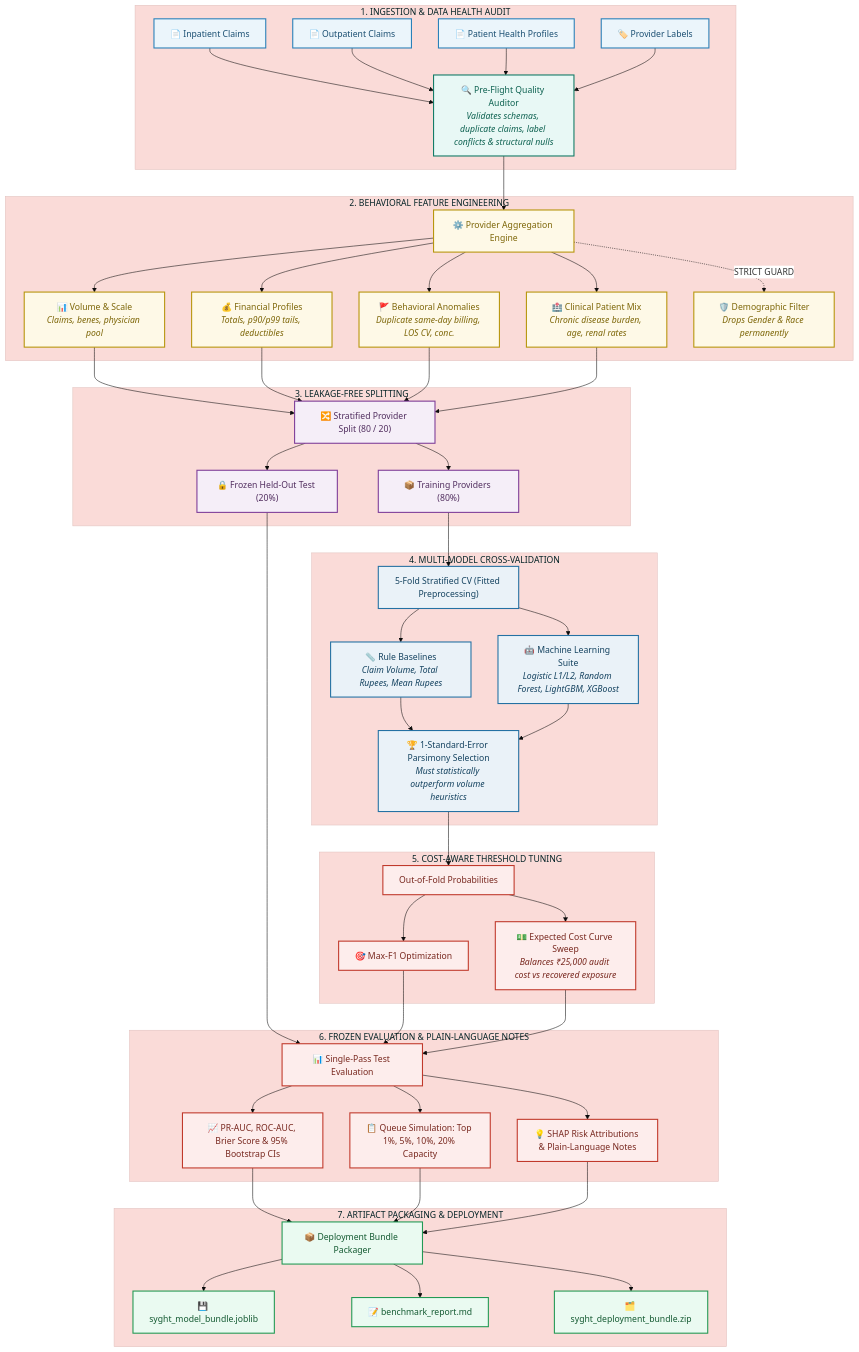
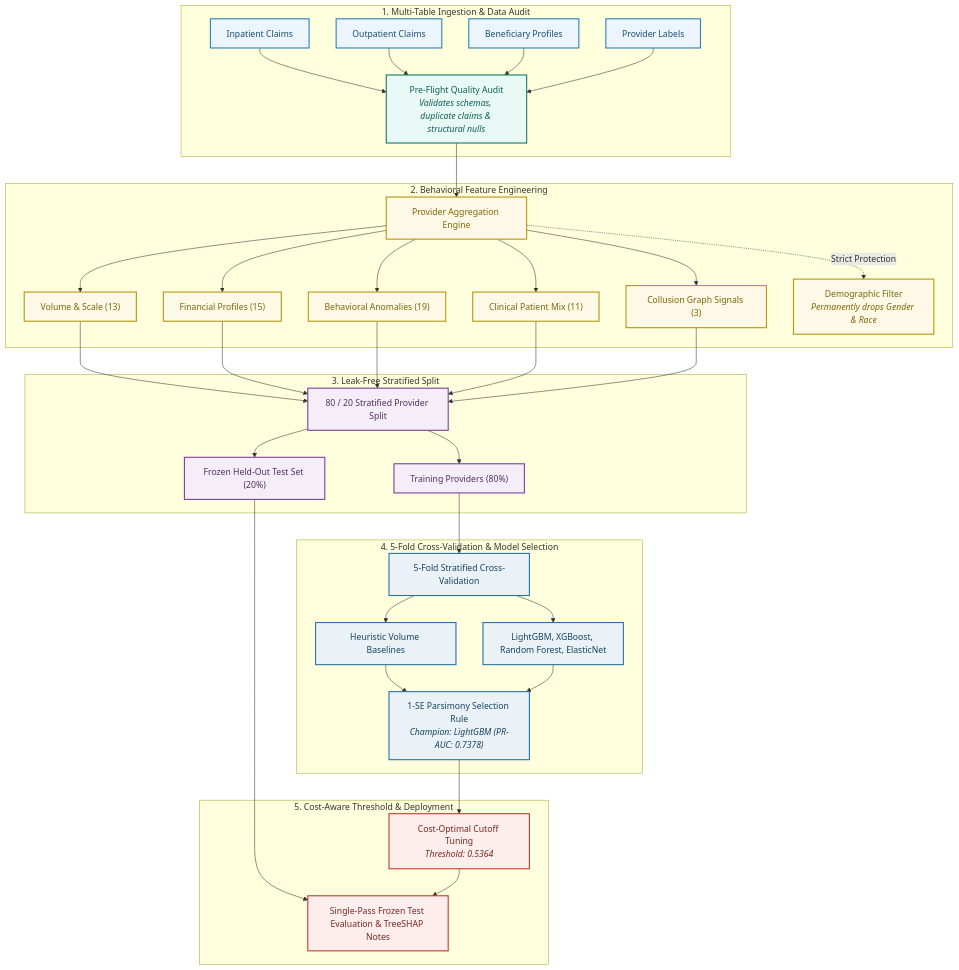
The diagram in README.md (toffee4u/Syght), drawn with Mermaid before and after one commit. The commit also changed other lines of this file and 8 other files, not shown here.

````diff
--- a/README.md
+++ b/README.md
@@ -53,61 +83,45 @@
 ```mermaid
-%%{init: {'theme': 'base', 'themeVariables': { 'primaryColor': '#EBF5FB', 'edgeLabelBackground':'#ffffff', 'tertiaryColor': '#FADBD8'}}}%%
 flowchart TD
     classDef input fill:#EBF5FB,stroke:#2980B9,stroke-width:2px,color:#1B4F72;
     classDef audit fill:#E8F8F5,stroke:#117A65,stroke-width:2px,color:#0E6251;
     classDef feature fill:#FEF9E7,stroke:#B7950B,stroke-width:2px,color:#7D6608;
     classDef split fill:#F5EEF8,stroke:#7D3C98,stroke-width:2px,color:#512E5F;
     classDef model fill:#EAF2F8,stroke:#2471A3,stroke-width:2px,color:#154360;
     classDef eval fill:#FDEDEC,stroke:#C0392B,stroke-width:2px,color:#78281F;
-    classDef export fill:#EAFAF1,stroke:#229954,stroke-width:2px,color:#145A32;
 
-    subgraph Phase1["1. INGESTION & DATA HEALTH AUDIT"]
-        A1["📄 Inpatient Claims"]:::input
-        A2["📄 Outpatient Claims"]:::input
-        A3["📄 Patient Health Profiles"]:::input
-        A4["🏷️ Provider Labels"]:::input
-        A1 & A2 & A3 & A4 --> B1["🔍 Pre-Flight Quality Auditor<br/><i>Validates schemas, duplicate claims, label conflicts & structural nulls</i>"]:::audit
+    subgraph Step1["1. Multi-Table Ingestion & Data Audit"]
+        Inp["Inpatient Claims"]:::input
+        Out["Outpatient Claims"]:::input
+        Bene["Beneficiary Profiles"]:::input
+        Labels["Provider Labels"]:::input
+        Inp & Out & Bene & Labels --> Audit["Pre-Flight Quality Audit<br/><i>Validates schemas, duplicate claims & structural nulls</i>"]:::audit
     end
 
-    subgraph Phase2["2. BEHAVIORAL FEATURE ENGINEERING"]
-        B1 --> C1["⚙️ Provider Aggregation Engine"]:::feature
-        C1 --> F1["📊 Volume & Scale<br/><i>Claims, benes, physician pool</i>"]:::feature
-        C1 --> F2["💰 Financial Profiles<br/><i>Totals, p90/p99 tails, deductibles</i>"]:::feature
-        C1 --> F3["🚩 Behavioral Anomalies<br/><i>Duplicate same-day billing, LOS CV, conc.</i>"]:::feature
-        C1 --> F4["🏥 Clinical Patient Mix<br/><i>Chronic disease burden, age, renal rates</i>"]:::feature
-        C1 -.->|STRICT GUARD| S1["🛡️ Demographic Filter<br/><i>Drops Gender & Race permanently</i>"]:::feature
+    subgraph Step2["2. Behavioral Feature Engineering"]
+        Audit --> Agg["Provider Aggregation Engine"]:::feature
+        Agg --> F1["Volume & Scale (13)"]:::feature
+        Agg --> F2["Financial Profiles (15)"]:::feature
+        Agg --> F3["Behavioral Anomalies (19)"]:::feature
+        Agg --> F4["Clinical Patient Mix (11)"]:::feature
+        Agg --> F5["Collusion Graph Signals (3)"]:::feature
+        Agg -.->|Strict Protection| Drop["Demographic Filter<br/><i>Permanently drops Gender & Race</i>"]:::feature
     end
 
-    subgraph Phase3["3. LEAKAGE-FREE SPLITTING"]
-        F1 & F2 & F3 & F4 --> D1["🔀 Stratified Provider Split (80 / 20)"]:::split
-        D1 --> TrainSet["📦 Training Providers (80%)"]:::split
-        D1 --> TestSet["🔒 Frozen Held-Out Test (20%)"]:::split
+    subgraph Step3["3. Leak-Free Stratified Split"]
+        F1 & F2 & F3 & F4 & F5 --> Split["80 / 20 Stratified Provider Split"]:::split
+        Split --> TrainSet["Training Providers (80%)"]:::split
+        Split --> TestSet["Frozen Held-Out Test Set (20%)"]:::split
     end
 
-    subgraph Phase4["4. MULTI-MODEL CROSS-VALIDATION"]
-        TrainSet --> CV["5-Fold Stratified CV (Fitted Preprocessing)"]:::model
-        CV --> R["📏 Rule Baselines<br/><i>Claim Volume, Total Rupees, Mean Rupees</i>"]:::model
-        CV --> M["🤖 Machine Learning Suite<br/><i>Logistic L1/L2, Random Forest, LightGBM, XGBoost</i>"]:::model
-        R & M --> Sel["🏆 1-Standard-Error Parsimony Selection<br/><i>Must statistically outperform volume heuristics</i>"]:::model
+    subgraph Step4["4. 5-Fold Cross-Validation & Model Selection"]
+        TrainSet --> CV["5-Fold Stratified Cross-Validation"]:::model
+        CV --> Baselines["Heuristic Volume Baselines"]:::model
+        CV --> MLSuite["LightGBM, XGBoost, Random Forest, ElasticNet"]:::model
+        Baselines & MLSuite --> Sel["1-SE Parsimony Selection Rule<br/><i>Champion: LightGBM (PR-AUC: 0.7378)</i>"]:::model
     end
 
-    subgraph Phase5["5. COST-AWARE THRESHOLD TUNING"]
-        Sel --> OOF["Out-of-Fold Probabilities"]:::eval
-        OOF --> T1["🎯 Max-F1 Optimization"]:::eval
-        OOF --> T2["💵 Expected Cost Curve Sweep<br/><i>Balances ₹25,000 audit cost vs recovered exposure</i>"]:::eval
-    end
-
-    subgraph Phase6["6. FROZEN EVALUATION & PLAIN-LANGUAGE NOTES"]
-        TestSet & T1 & T2 --> FinalEval["📊 Single-Pass Test Evaluation"]:::eval
-        FinalEval --> Met["📈 PR-AUC, ROC-AUC, Brier Score & 95% Bootstrap CIs"]:::eval
-        FinalEval --> TopK["📋 Queue Simulation: Top 1%, 5%, 10%, 20% Capacity"]:::eval
-        FinalEval --> SHAP["💡 SHAP Risk Attributions & Plain-Language Notes"]:::eval
-    end
-
-    subgraph Phase7["7. ARTIFACT PACKAGING & DEPLOYMENT"]
-        Met & TopK & SHAP --> Pkg["📦 Deployment Bundle Packager"]:::export
-        Pkg --> Out1["💾 syght_model_bundle.joblib"]:::export
-        Pkg --> Out2["📝 benchmark_report.md"]:::export
-        Pkg --> Out3["🗂️ syght_deployment_bundle.zip"]:::export
+    subgraph Step5["5. Cost-Aware Threshold & Deployment"]
+        Sel --> Cost["Cost-Optimal Cutoff Tuning<br/><i>Threshold: 0.5364</i>"]:::eval
+        TestSet & Cost --> Final["Single-Pass Frozen Test Evaluation & TreeSHAP Notes"]:::eval
     end
 ```
````
